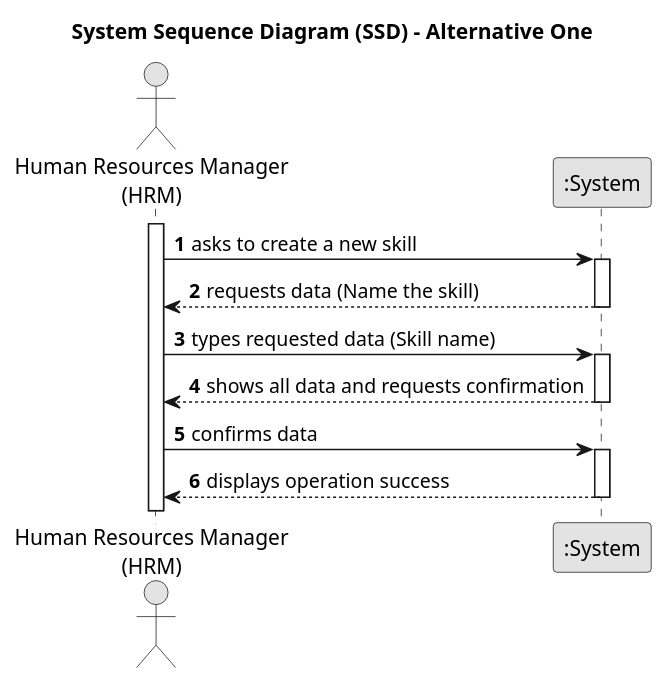
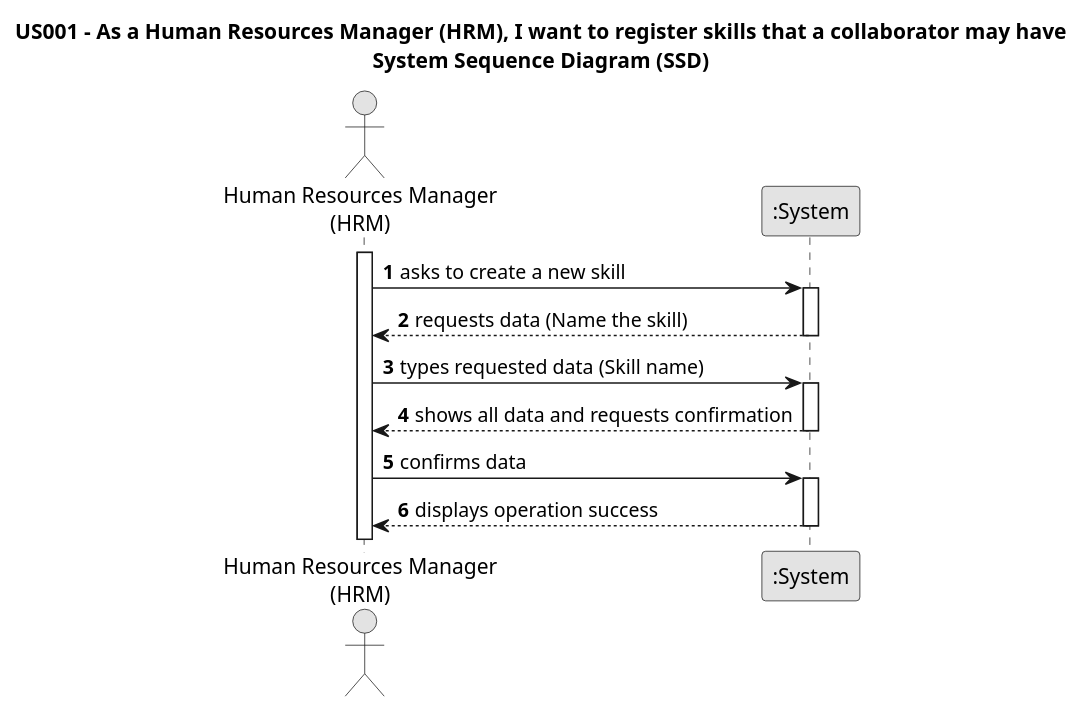
One commit to Mendoncaa/LAPR2 changed the diagram in docs/sprintC/us001/01.requirements-engineering/puml/us001-system-sequence-diagram.puml. Above: the diagram before and after it, drawn with PlantUML. The commit also changed 17 other files, not shown here.

```diff
--- a/docs/sprintC/us001/01.requirements-engineering/puml/us001-system-sequence-diagram.puml
+++ b/docs/sprintC/us001/01.requirements-engineering/puml/us001-system-sequence-diagram.puml
@@ -1,33 +1,33 @@
 @startuml
 skinparam monochrome true
 skinparam packageStyle rectangle
 skinparam shadowing false
 
-title System Sequence Diagram (SSD) - Alternative One
+title US001 - As a Human Resources Manager (HRM), I want to register skills that a collaborator may have\nSystem Sequence Diagram (SSD)
 
 autonumber
 
 actor "Human Resources Manager\n(HRM)" as Employee
 participant ":System" as System
 
 activate Employee
 
     Employee -> System : asks to create a new skill
     activate System
 
         System --> Employee : requests data (Name the skill)
     deactivate System
 
     Employee -> System : types requested data (Skill name)
     activate System
 
     System --> Employee : shows all data and requests confirmation
         deactivate System
 
         Employee -> System : confirms data
         activate System
 
         System --> Employee : displays operation success
     deactivate System
 
 @enduml
```
